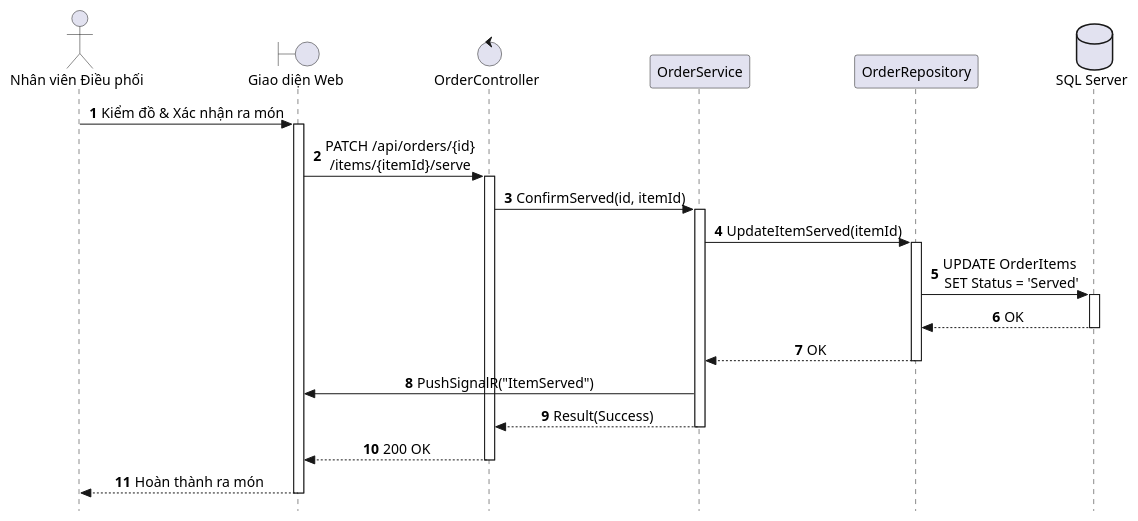
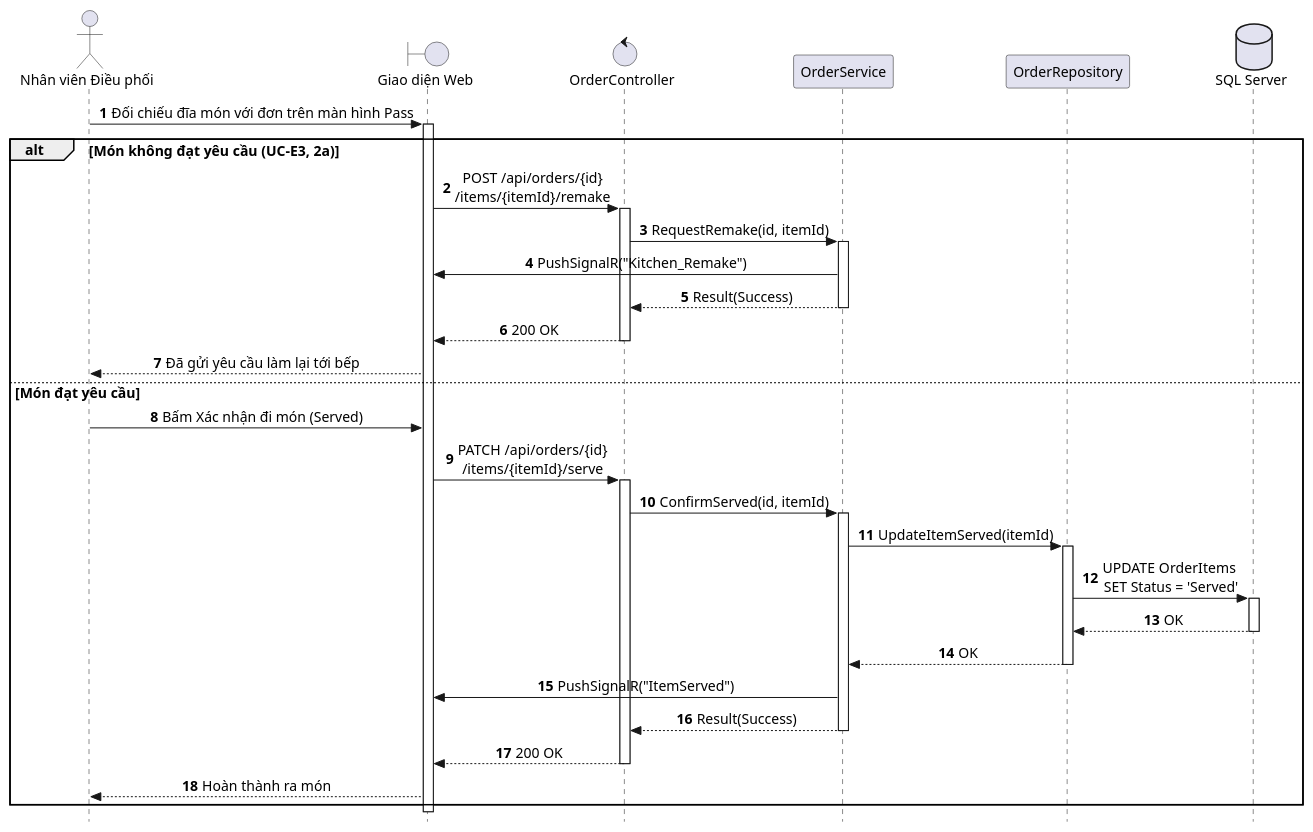
The diagram in docs/puml/sequences/SD_UC_E2_Expediter_Serve_CourseFiring.puml (AndrewQng/VinDining), drawn with PlantUML before and after one commit. The commit also changed 179 other files, not shown here.

First line of the commit message:
docs: align diagrams with the analysis report

```diff
--- a/docs/puml/sequences/SD_UC_E2_Expediter_Serve_CourseFiring.puml
+++ b/docs/puml/sequences/SD_UC_E2_Expediter_Serve_CourseFiring.puml
@@ -1,45 +1,60 @@
 @startuml SD_UC_E2_Expediter_Serve_CourseFiring
 autonumber
 skinparam style strictuml
 skinparam sequenceMessageAlign center
 skinparam responseMessageBelowArrow true
 skinparam defaultFontName "Segoe UI", Arial, sans-serif
 skinparam defaultFontSize 14
 
 actor "Nhân viên Điều phối" as Expediter
 boundary "Giao diện Web" as UI
 control "OrderController" as Controller
 participant "OrderService" as Service
 participant "OrderRepository" as Repo
 database "SQL Server" as DB
 
-Expediter -> UI: Kiểm đồ & Xác nhận ra món
+Expediter -> UI: Đối chiếu đĩa món với đơn trên màn hình Pass
 activate UI
+
+alt Món không đạt yêu cầu (UC-E3, 2a)
+    UI -> Controller: POST /api/orders/{id}\n/items/{itemId}/remake
+    activate Controller
+    Controller -> Service: RequestRemake(id, itemId)
+    activate Service
+    Service -> UI: PushSignalR("Kitchen_Remake")
+    Service --> Controller: Result(Success)
+    deactivate Service
+    Controller --> UI: 200 OK
+    deactivate Controller
+    UI --> Expediter: Đã gửi yêu cầu làm lại tới bếp
+else Món đạt yêu cầu
+Expediter -> UI: Bấm Xác nhận đi món (Served)
 
 UI -> Controller: PATCH /api/orders/{id}\n/items/{itemId}/serve
 activate Controller
 
 Controller -> Service: ConfirmServed(id, itemId)
 activate Service
 
 Service -> Repo: UpdateItemServed(itemId)
 activate Repo
 Repo -> DB: UPDATE OrderItems \nSET Status = 'Served'
 activate DB
 DB --> Repo: OK
 deactivate DB
 Repo --> Service: OK
 deactivate Repo
 
 Service -> UI: PushSignalR("ItemServed")
 
 Service --> Controller: Result(Success)
 deactivate Service
 
 Controller --> UI: 200 OK
 deactivate Controller
 
 UI --> Expediter: Hoàn thành ra món
+end
 deactivate UI
 
 @enduml
```
